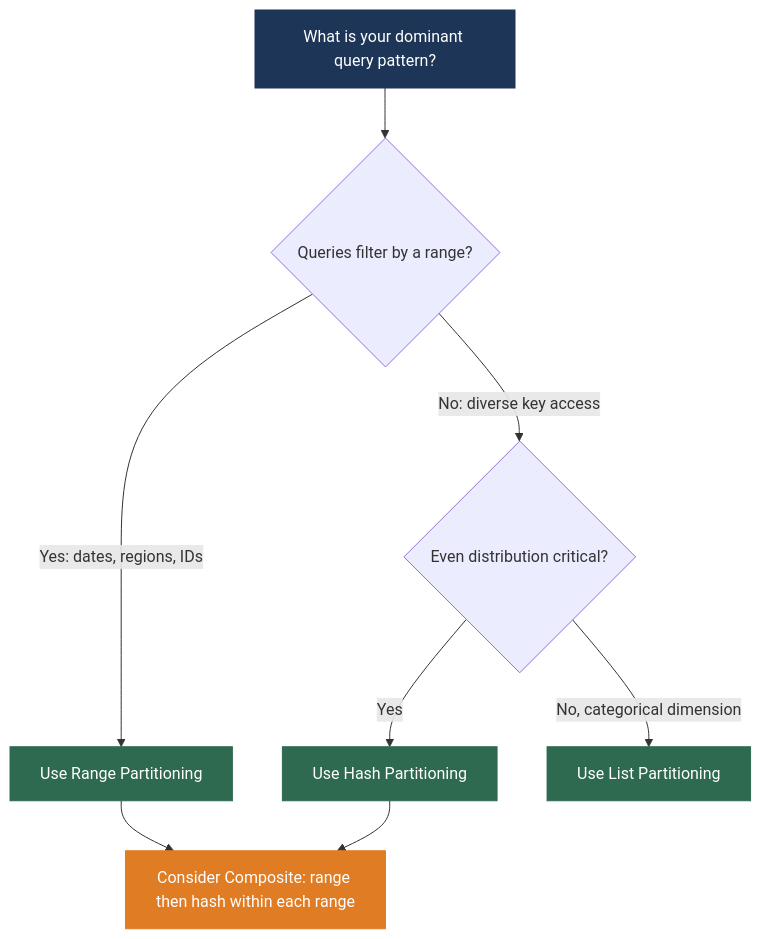
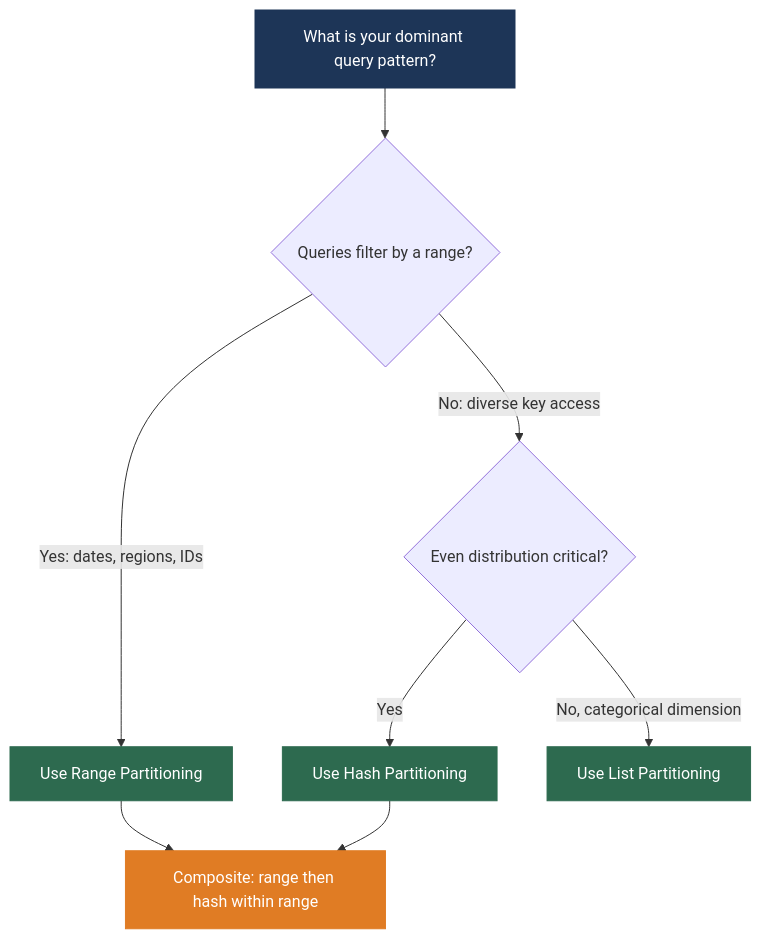
Before and after one commit to MuhammadTahaNasir/Big-Data-Analytics-Notes: the fourth of 16 diagrams in Week3/Lecture3_Partitioning_Sharding_Caching_QueryOpt.md, drawn with Mermaid. The commit also changed other lines of this file, not shown here.

````diff
--- a/Week3/Lecture3_Partitioning_Sharding_Caching_QueryOpt.md
+++ b/Week3/Lecture3_Partitioning_Sharding_Caching_QueryOpt.md
@@ -135,16 +135,16 @@
 ```mermaid
 flowchart TD
     START[What is your dominant query pattern?] --> Q1{Queries filter by a range?}
     Q1 -->|Yes: dates, regions, IDs| RANGE[Use Range Partitioning]
     Q1 -->|No: diverse key access| Q2{Even distribution critical?}
     Q2 -->|Yes| HASH[Use Hash Partitioning]
     Q2 -->|No, categorical dimension| LIST[Use List Partitioning]
-    RANGE --> COMP[Consider Composite: range then hash within each range]
+    RANGE --> COMP[Composite: range then hash within range]
     HASH --> COMP
 
     style START fill:#1d3557,color:#fff,stroke:#1d3557
     style RANGE fill:#2d6a4f,color:#fff,stroke:#2d6a4f
     style HASH fill:#2d6a4f,color:#fff,stroke:#2d6a4f
     style LIST fill:#2d6a4f,color:#fff,stroke:#2d6a4f
     style COMP fill:#e07c24,color:#fff,stroke:#e07c24
 ```
````
